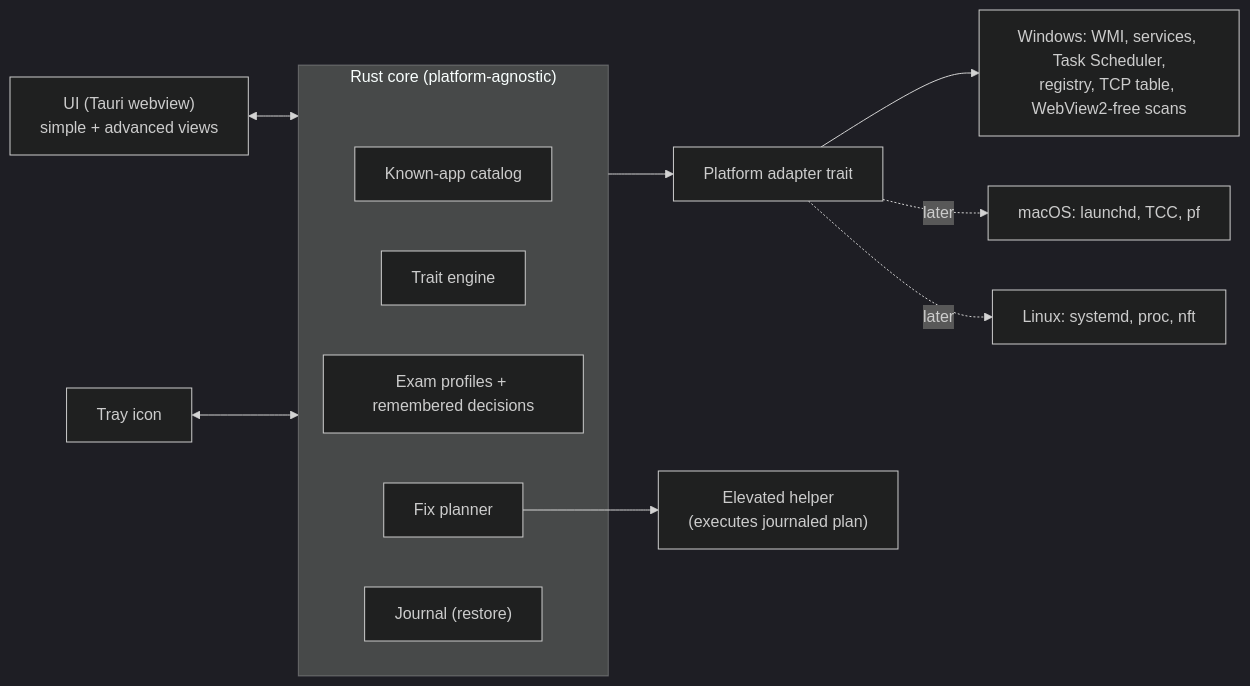
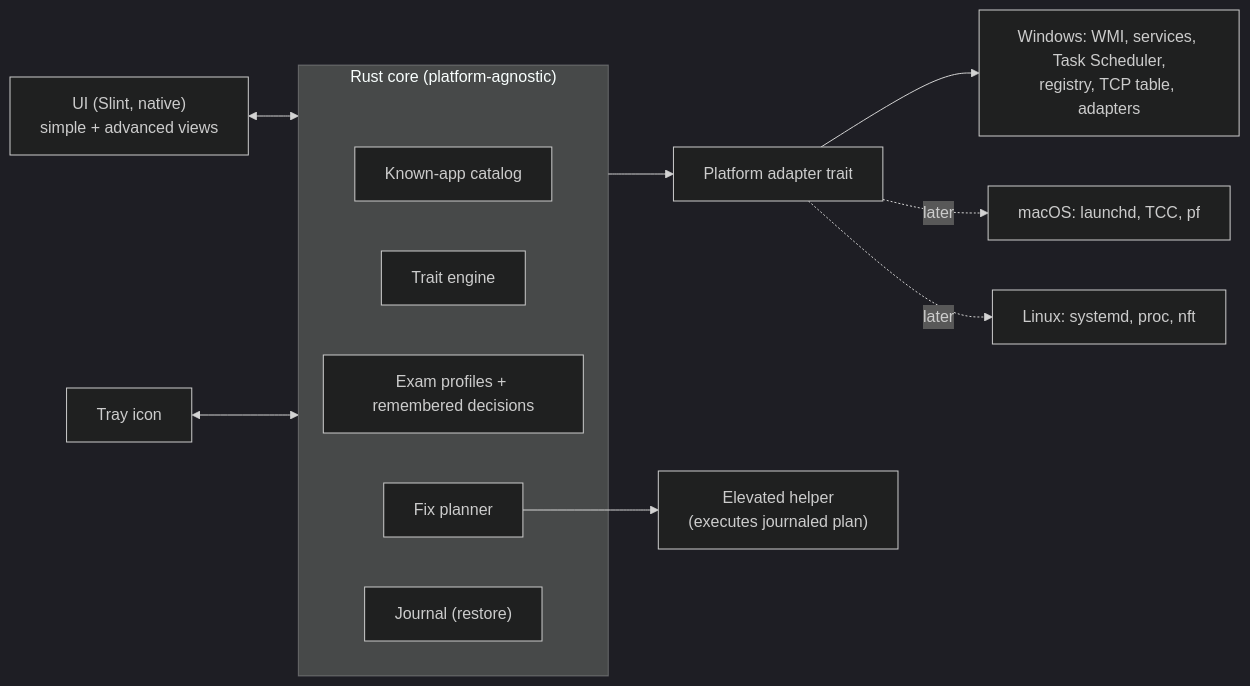
Before and after one commit to MikkelBlom/ExamSafe: the diagram in docs/IDEA.md, drawn with Mermaid (dark theme). The commit also changed other lines of this file and 12 other files, not shown here.

First line of the commit message:
Record Slint stack, restore flow and defaults; remove prototype

````diff
--- a/docs/IDEA.md
+++ b/docs/IDEA.md
@@ -233,17 +278,17 @@
 ```mermaid
 flowchart LR
-  UI["UI (Tauri webview)<br/>simple + advanced views"] <--> Core
+  UI["UI (Slint, native)<br/>simple + advanced views"] <--> Core
   Tray["Tray icon"] <--> Core
   subgraph Core["Rust core (platform-agnostic)"]
     Catalog["Known-app catalog"]
     Traits["Trait engine"]
     Profiles["Exam profiles + remembered decisions"]
     Planner["Fix planner"]
     Journal["Journal (restore)"]
   end
   Core --> Platform["Platform adapter trait"]
-  Platform --> Win["Windows: WMI, services, Task Scheduler,<br/>registry, TCP table, WebView2-free scans"]
+  Platform --> Win["Windows: WMI, services, Task Scheduler,<br/>registry, TCP table, adapters"]
   Platform -.later.-> Mac["macOS: launchd, TCC, pf"]
   Platform -.later.-> Linux["Linux: systemd, proc, nft"]
   Planner --> Helper["Elevated helper<br/>(executes journaled plan)"]
 ```
````
